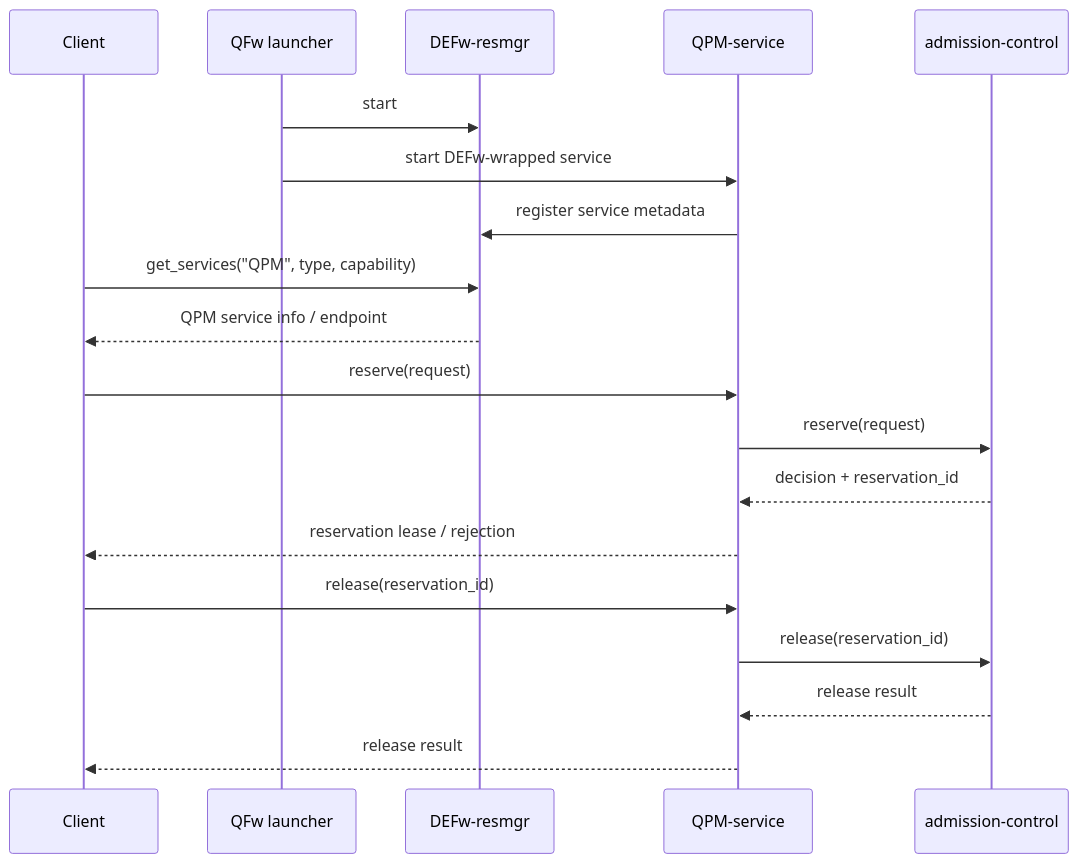
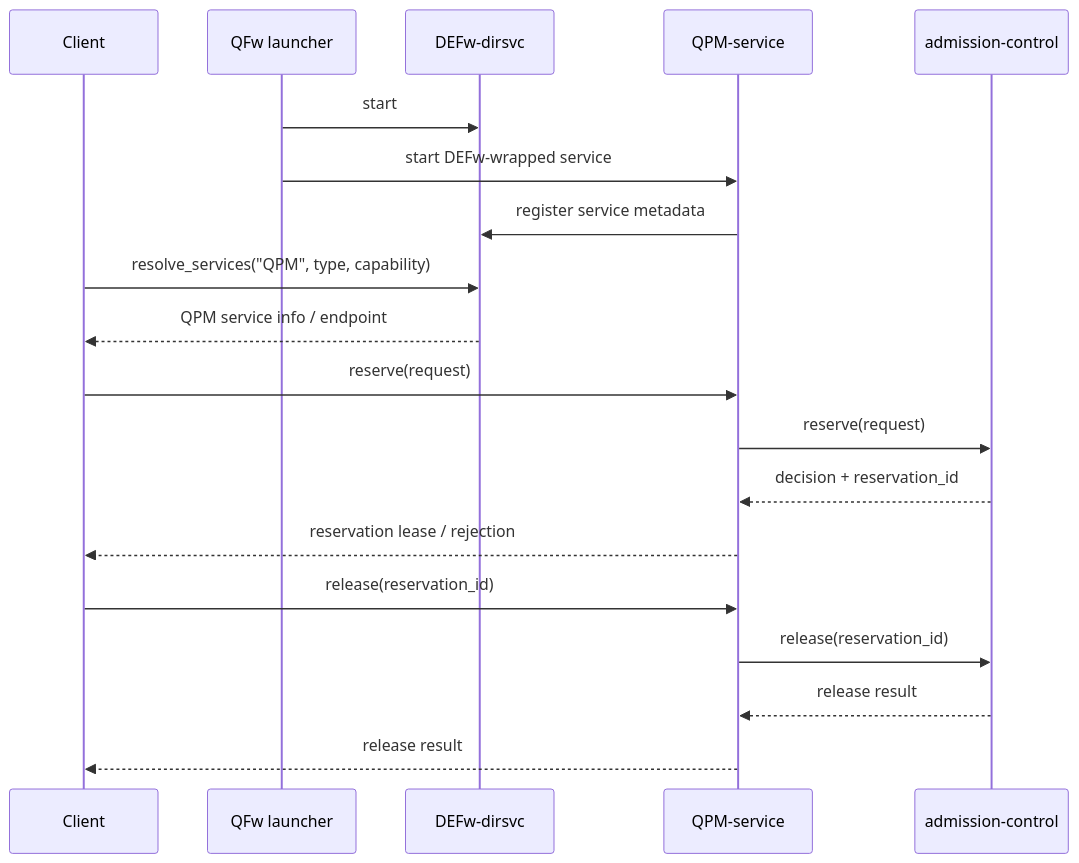
The first of 2 diagrams in docs/requirements.md (openQSE/QFw), drawn with Mermaid before and after one commit. The commit also changed other lines of this file and 19 other files, not shown here.

````diff
--- a/docs/requirements.md
+++ b/docs/requirements.md
@@ -26,25 +26,25 @@
 ```mermaid
 sequenceDiagram
     participant Client
     participant Launcher as QFw launcher
-    participant ResMgr as DEFw-resmgr
+    participant DirSvc as DEFw-dirsvc
     participant QPM as QPM-service
     participant Admission as admission-control
 
-    Launcher->>ResMgr: start
+    Launcher->>DirSvc: start
     Launcher->>QPM: start DEFw-wrapped service
-    QPM->>ResMgr: register service metadata
+    QPM->>DirSvc: register service metadata
 
-    Client->>ResMgr: get_services("QPM", type, capability)
-    ResMgr-->>Client: QPM service info / endpoint
+    Client->>DirSvc: resolve_services("QPM", type, capability)
+    DirSvc-->>Client: QPM service info / endpoint
 
     Client->>QPM: reserve(request)
     QPM->>Admission: reserve(request)
     Admission-->>QPM: decision + reservation_id
     QPM-->>Client: reservation lease / rejection
 
     Client->>QPM: release(reservation_id)
     QPM->>Admission: release(reservation_id)
     Admission-->>QPM: release result
     QPM-->>Client: release result
 ```
````
